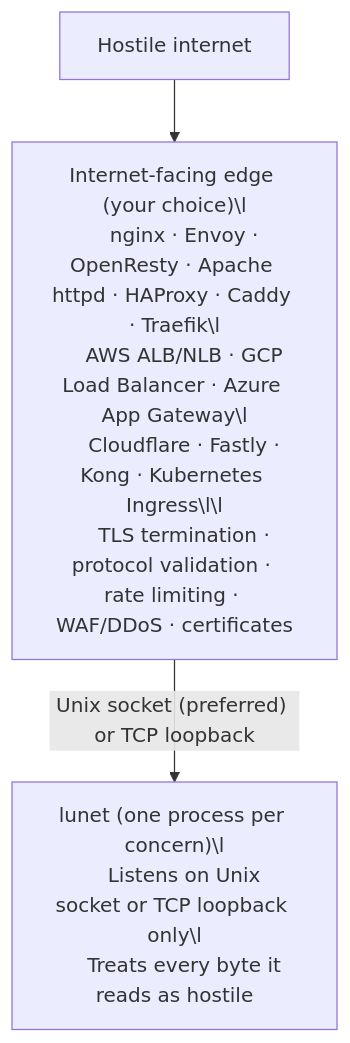
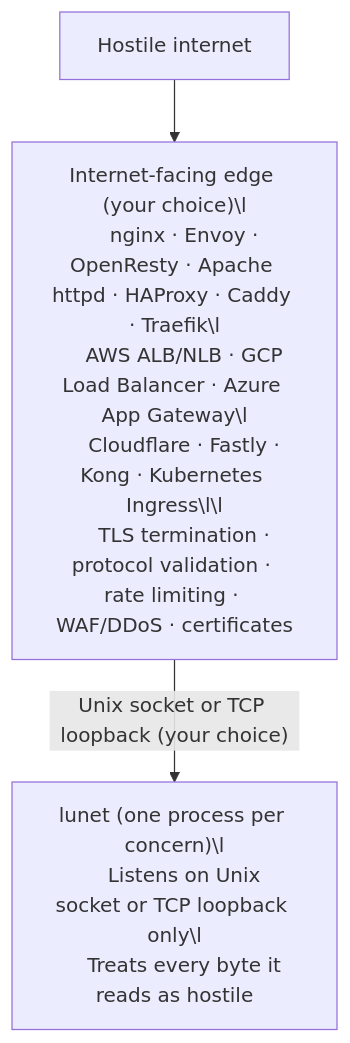
The diagram in docs/SECURITY_ARCHITECTURE.md (lua-lunet/lunet), drawn with Mermaid before and after one commit. The commit also changed other lines of this file and 1 other file, not shown here.

Commit message:
docs: transport options — Unix socket or loopback, your choice, not a preference

````diff
--- a/docs/SECURITY_ARCHITECTURE.md
+++ b/docs/SECURITY_ARCHITECTURE.md
@@ -13,17 +13,17 @@
 ```mermaid
 flowchart TB
     hostile["Hostile internet"]
 
     edge["Internet-facing edge (your choice)\l
     nginx · Envoy · OpenResty · Apache httpd · HAProxy · Caddy · Traefik\l
     AWS ALB/NLB · GCP Load Balancer · Azure App Gateway\l
     Cloudflare · Fastly · Kong · Kubernetes Ingress\l\l
     TLS termination · protocol validation · rate limiting · WAF/DDoS · certificates"]
 
     lunet["lunet (one process per concern)\l
     Listens on Unix socket or TCP loopback only\l
     Treats every byte it reads as hostile"]
 
     hostile --> edge
-    edge -->|"Unix socket (preferred) or TCP loopback"| lunet
+    edge -->|"Unix socket or TCP loopback (your choice)"| lunet
 ```
````
